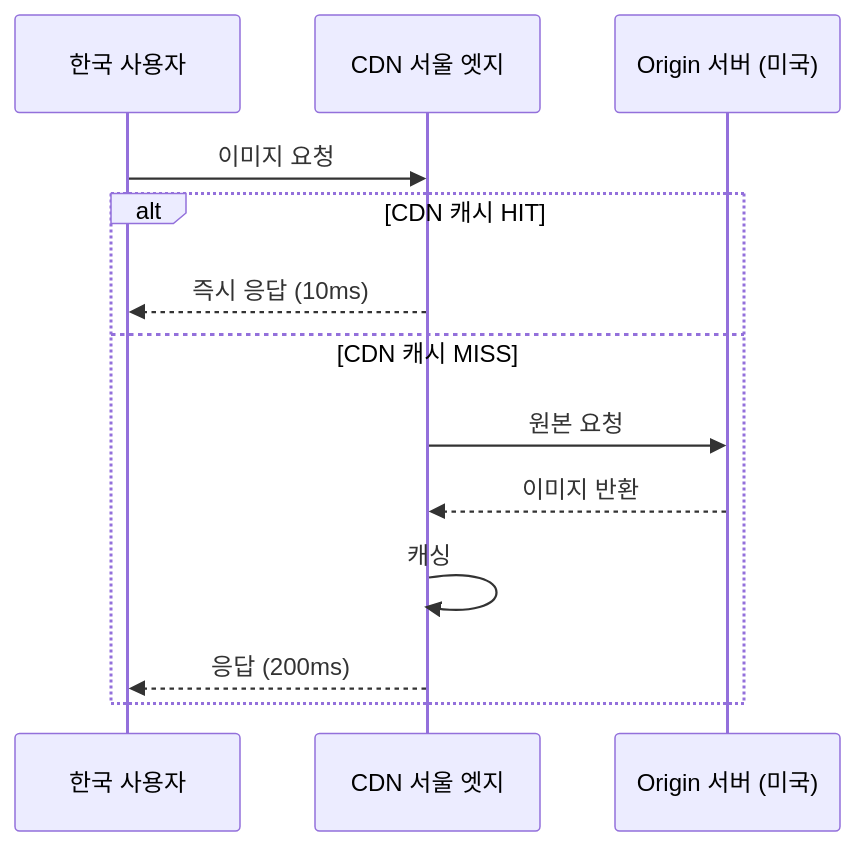
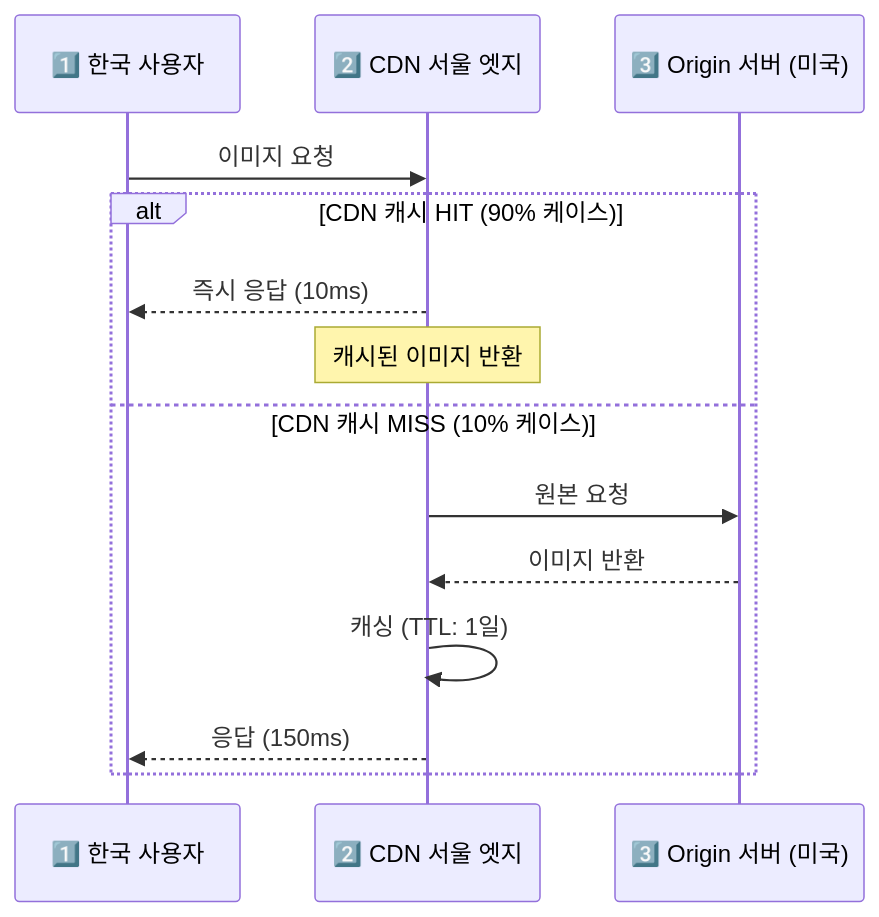
The fourth of 6 diagrams in _posts/systemdesign/2026-05-01-system-design.md (yjkim2015/yjkim2015.github.io), drawn with Mermaid before and after one commit. The commit also changed other lines of this file and 32 other files, not shown here.

```diff
--- a/_posts/systemdesign/2026-05-01-system-design.md
+++ b/_posts/systemdesign/2026-05-01-system-design.md
@@ -162,16 +291,17 @@
 <div class="mermaid">
 sequenceDiagram
-    participant USER as 한국 사용자
-    participant CDN_KR as CDN 서울 엣지
-    participant ORIGIN as Origin 서버 (미국)
+    participant USER as 1️⃣ 한국 사용자
+    participant CDN_KR as 2️⃣ CDN 서울 엣지
+    participant ORIGIN as 3️⃣ Origin 서버 (미국)
 
     USER->>CDN_KR: 이미지 요청
-    alt CDN 캐시 HIT
+    alt CDN 캐시 HIT (90% 케이스)
         CDN_KR-->>USER: 즉시 응답 (10ms)
-    else CDN 캐시 MISS
+        Note over CDN_KR: 캐시된 이미지 반환
+    else CDN 캐시 MISS (10% 케이스)
         CDN_KR->>ORIGIN: 원본 요청
         ORIGIN-->>CDN_KR: 이미지 반환
-        CDN_KR->>CDN_KR: 캐싱
-        CDN_KR-->>USER: 응답 (200ms)
+        CDN_KR->>CDN_KR: 캐싱 (TTL: 1일)
+        CDN_KR-->>USER: 응답 (150ms)
     end
 </div>
```
